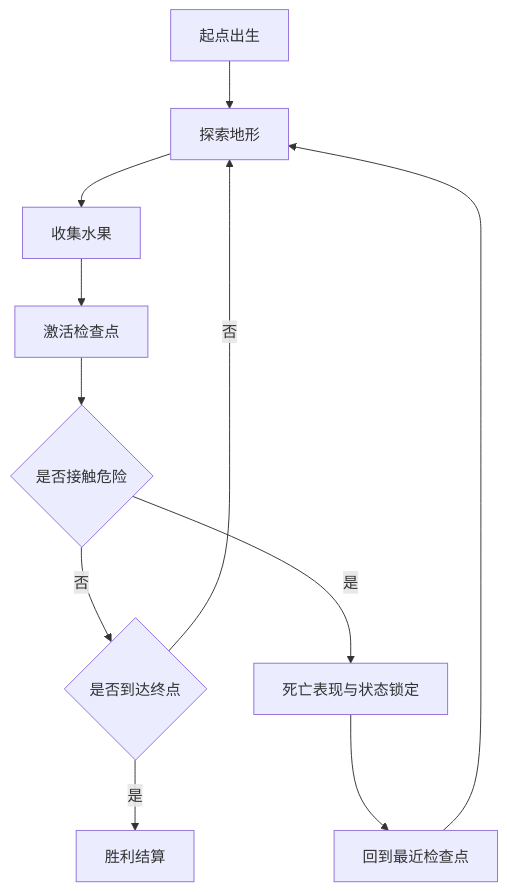
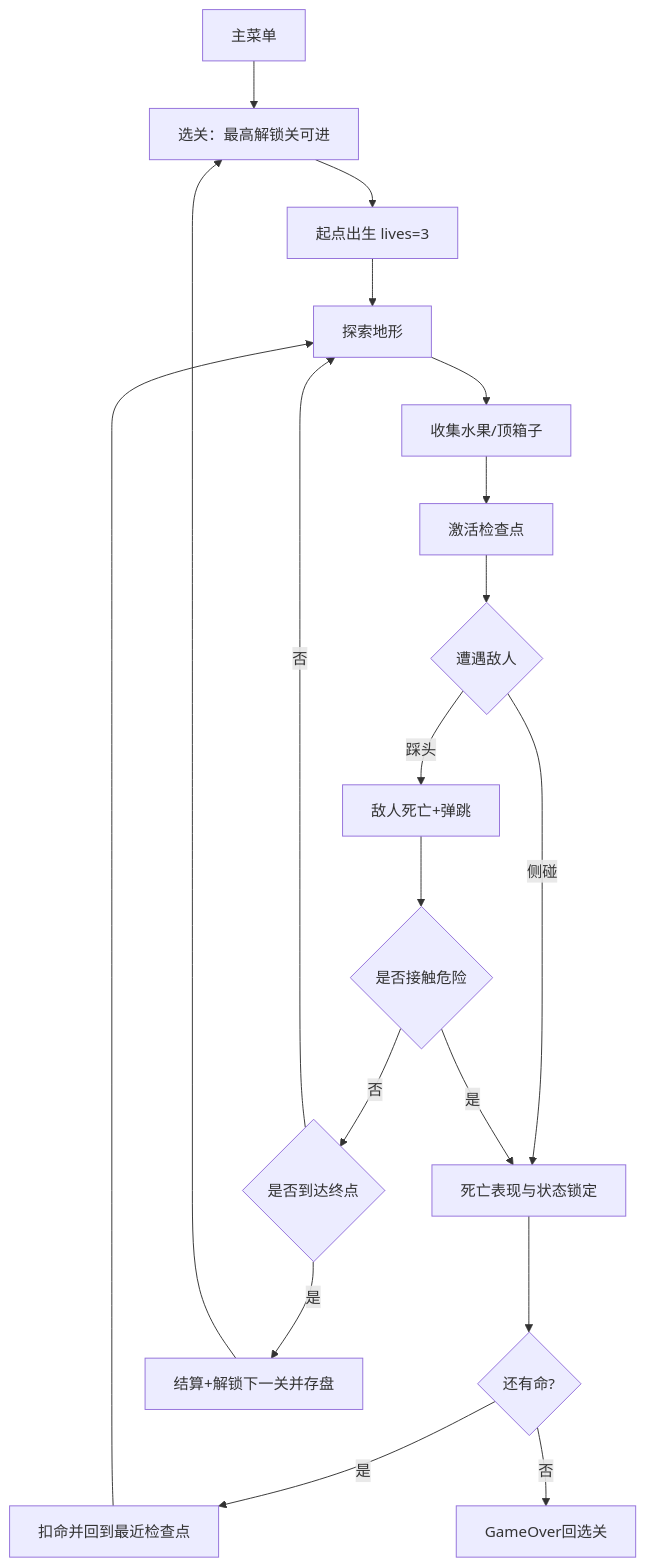
The diagram in Example/docs/pitch/one-page-design.md (jesspig/Godot-Autopilot), drawn with Mermaid before and after one commit. The commit also changed other lines of this file and 9 other files, not shown here.

````diff
--- a/Example/docs/pitch/one-page-design.md
+++ b/Example/docs/pitch/one-page-design.md
@@ -30,13 +31,21 @@
 ```mermaid
 graph TD
-    S[起点出生] --> C1[探索地形]
-    C1 --> I[收集水果]
+    M[主菜单] --> L[选关：最高解锁关可进]
+    L --> S[起点出生 lives=3]
+    S --> C1[探索地形]
+    C1 --> I[收集水果/顶箱子]
     I --> K[激活检查点]
-    K --> H{是否接触危险}
+    K --> N{遭遇敌人}
+    N -->|踩头| Q[敌人死亡+弹跳]
+    N -->|侧碰| D
+    Q --> H{是否接触危险}
+    H -->|是| D[死亡表现与状态锁定]
+    D --> V{还有命?}
+    V -->|是| R[扣命并回到最近检查点]
+    V -->|否| G[GameOver回选关]
+    R --> C1
     H -->|否| E{是否到达终点}
-    H -->|是| D[死亡表现与状态锁定]
-    D --> R[回到最近检查点]
-    R --> C1
     E -->|否| C1
-    E -->|是| W[胜利结算]
+    E -->|是| W[结算+解锁下一关并存盘]
+    W --> L
 ```
````
